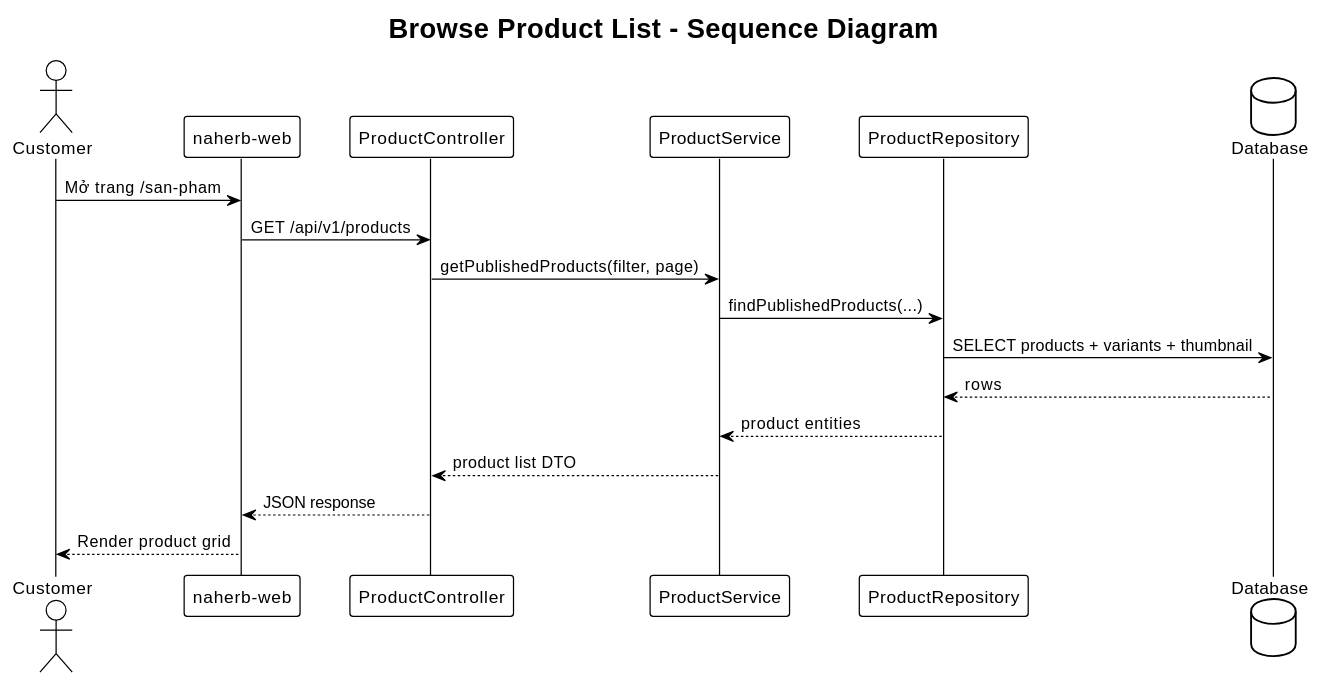
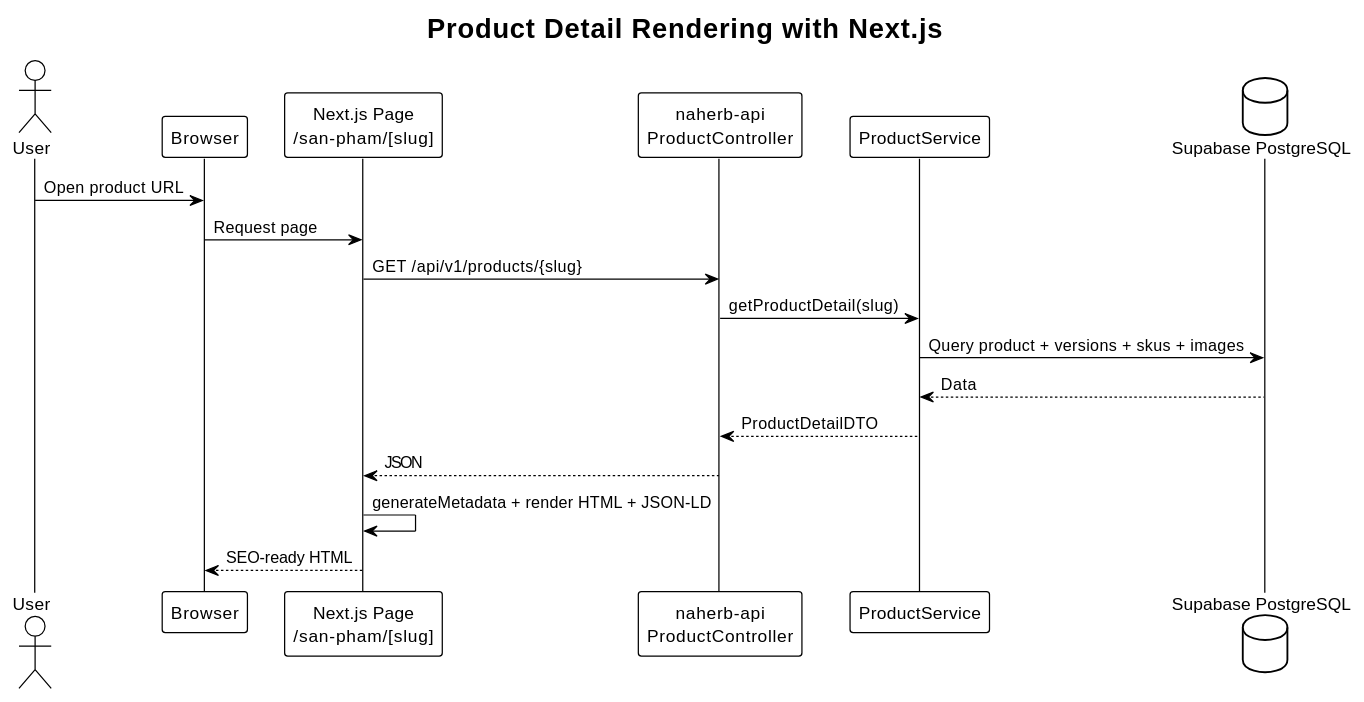
One commit to Dyuedu071/NaHerbs changed the sixth of 9 diagrams in docs/SDD.md. Above: the diagram before and after it, drawn with PlantUML. The commit also changed other lines of this file and 42 other files, not shown here.

Commit message:
feat: initialize NaHerbs web frontend and database schema with initial documentation and project structure

````diff
--- a/docs/SDD.md
+++ b/docs/SDD.md
@@ -1164,27 +549,27 @@
 ```plantuml
 @startuml
 !theme plain
 skinparam shadowing false
 skinparam defaultFontName Arial
 
-title Browse Product List - Sequence Diagram
+title Product Detail Rendering with Next.js
 
-actor "Customer" as Customer
-participant "naherb-web" as Web
-participant "ProductController" as Controller
+actor User
+participant "Browser" as Browser
+participant "Next.js Page\n/san-pham/[slug]" as Next
+participant "naherb-api\nProductController" as API
 participant "ProductService" as Service
-participant "ProductRepository" as Repo
-database "Database" as DB
+database "Supabase PostgreSQL" as DB
 
-Customer -> Web : Mở trang /san-pham
-Web -> Controller : GET /api/v1/products
-Controller -> Service : getPublishedProducts(filter, page)
-Service -> Repo : findPublishedProducts(...)
-Repo -> DB : SELECT products + variants + thumbnail
-DB --> Repo : rows
-Repo --> Service : product entities
-Service --> Controller : product list DTO
-Controller --> Web : JSON response
-Web --> Customer : Render product grid
+User -> Browser : Open product URL
+Browser -> Next : Request page
+Next -> API : GET /api/v1/products/{slug}
+API -> Service : getProductDetail(slug)
+Service -> DB : Query product + versions + skus + images
+DB --> Service : Data
+Service --> API : ProductDetailDTO
+API --> Next : JSON
+Next -> Next : generateMetadata + render HTML + JSON-LD
+Next --> Browser : SEO-ready HTML
 @enduml
 ```
````
